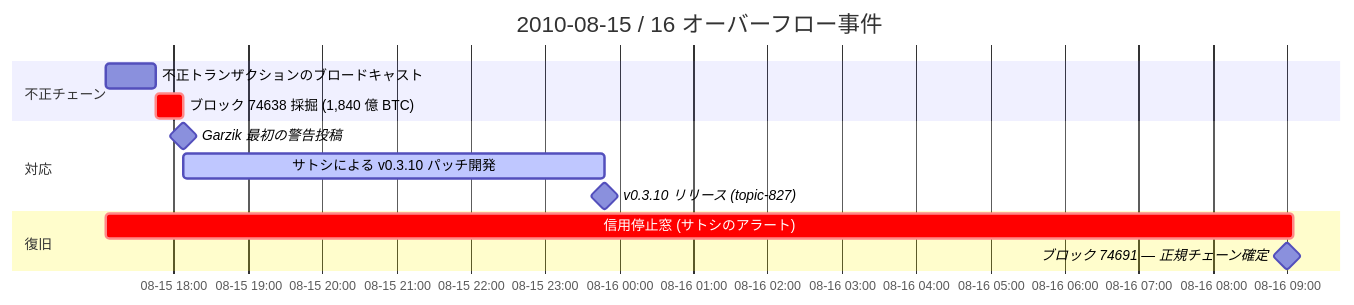
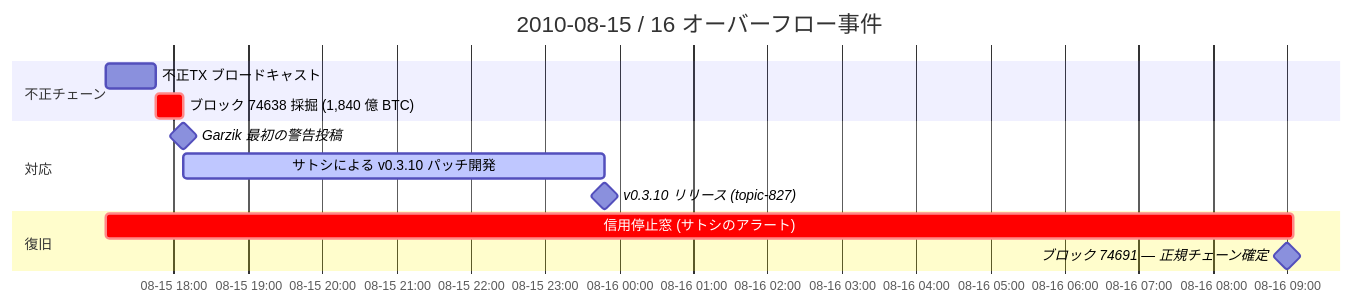
The diagram in src/data/translations/ja/analysis/2010-08-15-overflow-incident-structure-and-paradox.md (cypher256/BitcoinArchive), drawn with Mermaid before and after one commit. The commit also changed 1 other file, not shown here.

Commit message:
mermaid JA wrap: shorten 3 over-12-zenkaku labels in f94f866c diagrams
The new mermaid diagrams added in f94f866c contain three JA labels that
exceed the 12-zenkaku wrap threshold. check-mermaid-ja-wrap.mjs flags
them; the wrap fails differently per diagram type, so the fix differs
per case:

- overflow gantt task "不正トランザクションのブロードキャスト" (19) ->
  "不正TX ブロードキャスト" (token: 不正TX / ブロードキャスト).
  Gantt task names cannot host <br/>; ASCII-space token break is the
  only mermaid-honored wrap mechanism.
- fork-wars gantt task "ヴラジミル・ファン・デル・ラーン 保守者交代"
  shortened to "ファン・デル・ラーン 保守者交代" — surname-only matches
  the existing convention in the same diagram (アンドレセン / サトシ).
- fork-wars flowchart label "稼働中のチェーン、ノード、" — split with
  <br/> across three lines (稼働中のチェーン / ノード、マイナー /
  取引所、保有者), each under the threshold.

Restores npm run check to green.

````diff
--- a/src/data/translations/ja/analysis/2010-08-15-overflow-incident-structure-and-paradox.md
+++ b/src/data/translations/ja/analysis/2010-08-15-overflow-incident-structure-and-paradox.md
@@ -79,19 +79,19 @@
 ```mermaid
 gantt
     title 2010-08-15 / 16 オーバーフロー事件
     dateFormat YYYY-MM-DD HH:mm
     axisFormat %m-%d %H:%M
 
     section 不正チェーン
-    不正トランザクションのブロードキャスト :2010-08-15 17:05, 40m
+    不正TX ブロードキャスト :2010-08-15 17:05, 40m
     ブロック 74638 採掘 (1,840 億 BTC) :crit, 2010-08-15 17:45, 23m
 
     section 対応
     Garzik 最初の警告投稿 :milestone, 2010-08-15 18:08, 0m
     サトシによる v0.3.10 パッチ開発 :active, 2010-08-15 18:08, 340m
     v0.3.10 リリース (topic-827) :milestone, 2010-08-15 23:48, 0m
 
     section 復旧
     信用停止窓 (サトシのアラート) :crit, 2010-08-15 17:05, 16h
     ブロック 74691 — 正規チェーン確定 :milestone, 2010-08-16 09:00, 0m
 ```
````
